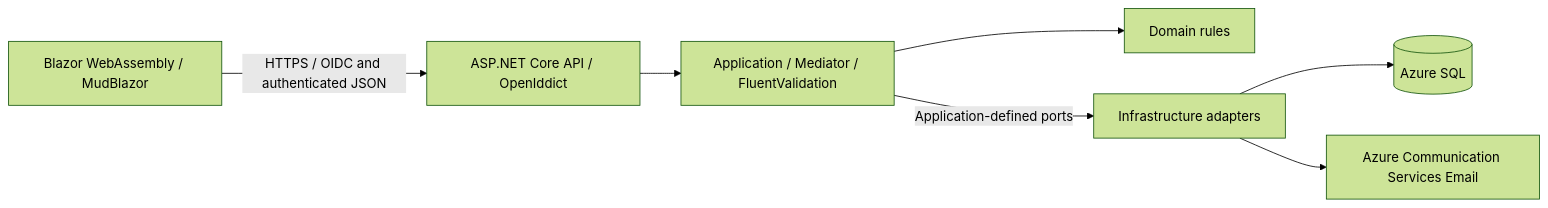
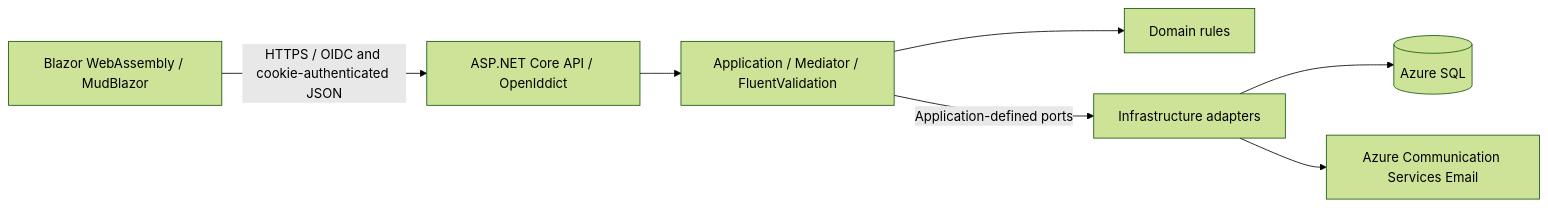
One commit to juliantiu/personal-finance changed the diagram in docs/v1.0/technical.specification.md. Above: the diagram before and after it, drawn with Mermaid (forest theme). The commit also changed other lines of this file and 3 other files, not shown here.

````diff
--- a/docs/v1.0/technical.specification.md
+++ b/docs/v1.0/technical.specification.md
@@ -61,16 +61,16 @@
 ```mermaid
 flowchart LR
   Browser[Blazor WebAssembly / MudBlazor]
   API[ASP.NET Core API / OpenIddict]
   Application[Application / Mediator / FluentValidation]
   Domain[Domain rules]
   Infrastructure[Infrastructure adapters]
   SQL[(Azure SQL)]
   Email[Azure Communication Services Email]
-  Browser -->|HTTPS / OIDC and authenticated JSON| API
+  Browser -->|HTTPS / OIDC and cookie-authenticated JSON| API
   API --> Application
   Application --> Domain
   Application -->|Application-defined ports| Infrastructure
   Infrastructure --> SQL
   Infrastructure --> Email
 ```
````
